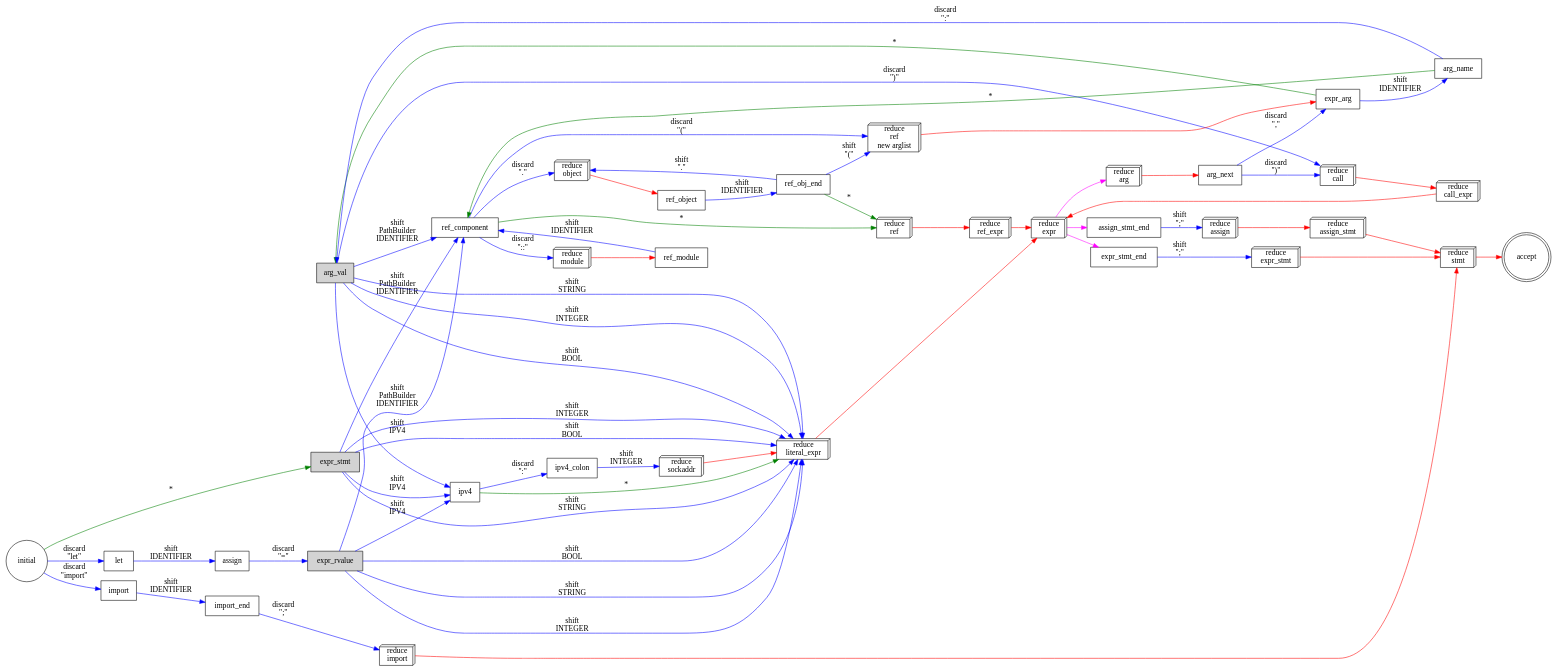
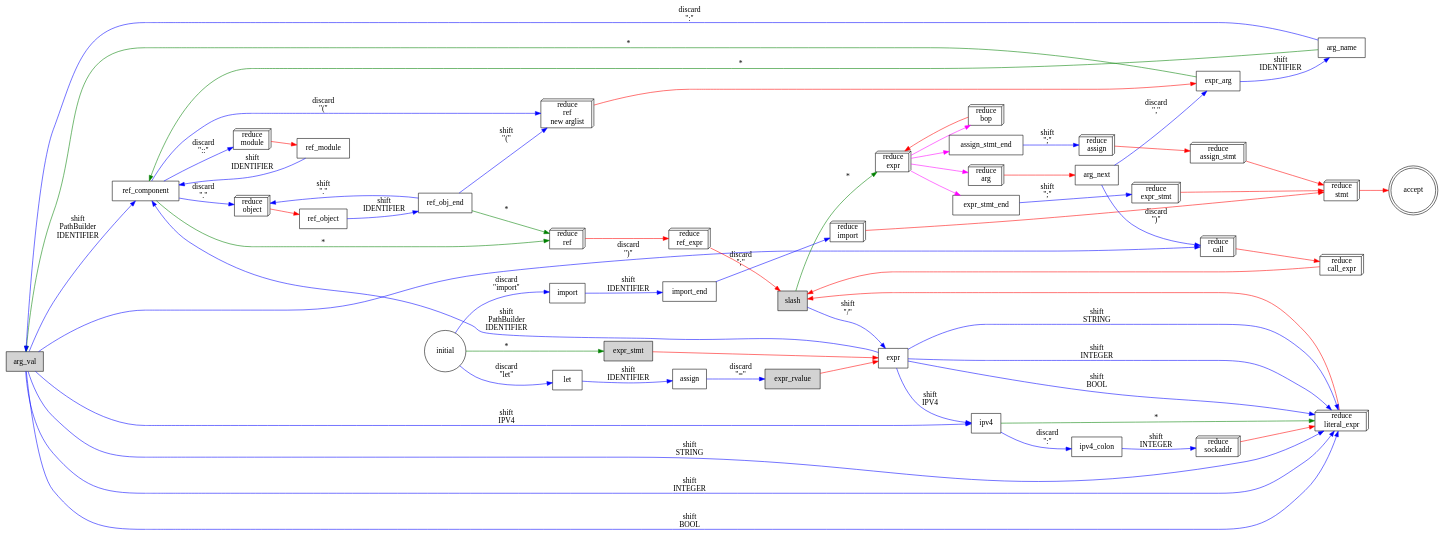
Before and after one commit to giannitedesco/resynth: the diagram in doc/parser.dot, drawn with Graphviz. The commit also changed 6 other files, not shown here.

```diff
--- a/doc/parser.dot
+++ b/doc/parser.dot
@@ -1,138 +1,143 @@
 digraph {
 	/* Key:
 	 *
 	 * blue edges indicate consuming a token
 	 * green edges indicate non-consuming catchall transitions
 	 *
 	 * 3dbox nodes indicate a reduction step
 	 * red edges indicate non-consuming GOTO transitions
 	 *
 	 * filled nodes indicate pushing a state transition to the stack
 	 * magenta edges represent popping a state from the stack and transitioning to it
 	 */
-	graph [rankdir=LR]
-	node [shape=rectangle]
-	edge [color=blue]
+	graph [rankdir=LR];
+	node [shape=rectangle];
+	edge [color=blue];
 
 	arg_val [style=filled];
 	expr_stmt [style=filled];
 	expr_rvalue [style=filled];
+	slash [style=filled];
 
 	initial [shape="circle"];
 	accept [shape="doublecircle"];
 
 	initial -> import [label="discard\n\"import\""];
 	initial -> let [label="discard\n\"let\""];
 	initial -> expr_stmt [label="*" color=green];
 
 	import -> import_end [label="shift\nIDENTIFIER"];
 	import_end -> reduce_import [label="discard\n\";\""];
 
 	let -> assign [label="shift\nIDENTIFIER"];
 
 	assign -> expr_rvalue [label="discard\n\"=\""];
 
-	reduce_import -> reduce_stmt [color=red]
+	reduce_import -> reduce_stmt [color=red];
 	reduce_import [label="reduce\nimport" shape=box3d];
 
 	// ref
 
 	ref_component -> reduce_module [label="discard\n\"::\""];
 
 	ref_component -> reduce_object [label="discard\n\".\""];
 	ref_component -> reduce_ref_call [label="discard\n\"(\""];
 	ref_component -> reduce_ref_naked [label="*" color=green];
 
-	reduce_object -> ref_object [color=red]
+	reduce_object -> ref_object [color=red];
 	reduce_object [label="reduce\nobject" shape=box3d];
 
-	reduce_ref_call -> expr_arg [color=red]
+	reduce_ref_call -> expr_arg [color=red];
 	reduce_ref_call [label="reduce\nref\nnew arglist" shape=box3d];
 
 
-	reduce_module -> ref_module [color=red]
+	reduce_module -> ref_module [color=red];
 	reduce_module [label="reduce\nmodule" shape=box3d];
 
 	ref_module -> ref_component [label="shift\nIDENTIFIER"];
 
 	ref_object -> ref_obj_end [label="shift\nIDENTIFIER"];
 
 	ref_obj_end -> reduce_object [label="shift\n\".\""];
 	ref_obj_end -> reduce_ref_call [label="shift\n\"(\""];
 	ref_obj_end -> reduce_ref_naked [label="*" color=green];
 
 	arg_next -> expr_arg [label="discard\n\",\""];
 	arg_next -> reduce_call [label="discard\n\")\""];
 
 	expr_arg -> arg_name [label="shift\nIDENTIFIER"];
 	expr_arg -> arg_val [label="*" color=green];
 	arg_name -> arg_val [label="discard\n\":\""];
 	arg_name -> ref_component [label="*" color=green];
 
 	arg_val -> reduce_literal_expr [label="shift\nSTRING"];
 	arg_val -> reduce_literal_expr [label="shift\nINTEGER"];
 	arg_val -> reduce_literal_expr [label="shift\nBOOL"];
 	arg_val -> ipv4 [label="shift\nIPV4"];
 	arg_val -> ref_component [label="shift\nPathBuilder\nIDENTIFIER"];
 
 	arg_val -> reduce_call [label="discard\n\")\""];
 
-	expr_stmt -> reduce_literal_expr [label="shift\nSTRING"];
-	expr_stmt -> reduce_literal_expr [label="shift\nINTEGER"];
-	expr_stmt -> reduce_literal_expr [label="shift\nBOOL"];
-	expr_stmt -> ipv4 [label="shift\nIPV4"];
-	expr_stmt -> ref_component [label="shift\nPathBuilder\nIDENTIFIER"];
+	expr_stmt -> expr [color=red];
+	expr_rvalue -> expr [color=red];
 
-	expr_rvalue -> reduce_literal_expr [label="shift\nSTRING"];
-	expr_rvalue -> reduce_literal_expr [label="shift\nINTEGER"];
-	expr_rvalue -> reduce_literal_expr [label="shift\nBOOL"];
-	expr_rvalue -> ipv4 [label="shift\nIPV4"];
-	expr_rvalue -> ref_component [label="shift\nPathBuilder\nIDENTIFIER"];
+	expr -> reduce_literal_expr [label="shift\nSTRING"];
+	expr -> reduce_literal_expr [label="shift\nINTEGER"];
+	expr -> reduce_literal_expr [label="shift\nBOOL"];
+	expr -> ipv4 [label="shift\nIPV4"];
+	expr -> ref_component [label="shift\nPathBuilder\nIDENTIFIER"];
 
-	reduce_arg -> arg_next [color=red]
+	reduce_arg -> arg_next [color=red];
 	reduce_arg [label="reduce\narg" shape=box3d];
 
-	reduce_literal_expr -> reduce_expr [color=red];
+	reduce_bop -> reduce_expr [color=red];
+	reduce_bop [label="reduce\nbop" shape=box3d];
+
+	reduce_literal_expr -> slash [color=red];
 	reduce_literal_expr [label="reduce\nliteral_expr" shape=box3d];
 
 	reduce_ref_naked -> reduce_ref_expr [color=red];
 	reduce_ref_naked [label="reduce\nref" shape=box3d];
 
-	reduce_ref_expr -> reduce_expr [color=red];
+	reduce_ref_expr -> slash [color=red];
 	reduce_ref_expr [label="reduce\nref_expr" shape=box3d];
 
-	reduce_call_expr -> reduce_expr [color=red];
+	reduce_call_expr -> slash [color=red];
 	reduce_call_expr [label="reduce\ncall_expr" shape=box3d];
 
-	reduce_expr -> reduce_arg [color=magenta]
-	reduce_expr -> expr_stmt_end [color=magenta]
-	reduce_expr -> assign_stmt_end [color=magenta]
+	slash -> expr [label="shift\n\"/\""];
+	slash -> reduce_expr [label="*" color=green];
+
+	reduce_expr -> reduce_arg [color=magenta];
+	reduce_expr -> reduce_bop [color=magenta];
+	reduce_expr -> expr_stmt_end [color=magenta];
+	reduce_expr -> assign_stmt_end [color=magenta];
 	reduce_expr [label="reduce\nexpr" shape=box3d];
 
 	ipv4 -> ipv4_colon [label="discard\n\":\""];
 	ipv4 -> reduce_literal_expr [label="*" color=green];
 
 	ipv4_colon -> reduce_sockaddr [label="shift\nINTEGER"];
 
-	reduce_sockaddr -> reduce_literal_expr [color=red]
+	reduce_sockaddr -> reduce_literal_expr [color=red];
 	reduce_sockaddr [label="reduce\nsockaddr" shape=box3d];
 
-	reduce_call -> reduce_call_expr [color=red]
+	reduce_call -> reduce_call_expr [color=red];
 	reduce_call [label="reduce\ncall" shape=box3d];
 
 	expr_stmt_end -> reduce_expr_stmt [label="shift\n\";\""];
 
 	assign_stmt_end -> reduce_assign [label="shift\n\";\""];
 
-	reduce_assign -> reduce_assign_stmt [color=red]
+	reduce_assign -> reduce_assign_stmt [color=red];
 	reduce_assign [label="reduce\nassign" shape=box3d];
 
-	reduce_expr_stmt -> reduce_stmt [color=red]
+	reduce_expr_stmt -> reduce_stmt [color=red];
 	reduce_expr_stmt [label="reduce\nexpr_stmt" shape=box3d];
 
-	reduce_assign_stmt -> reduce_stmt [color=red]
+	reduce_assign_stmt -> reduce_stmt [color=red];
 	reduce_assign_stmt [label="reduce\nassign_stmt" shape=box3d];
 
-	reduce_stmt -> accept [color=red]
+	reduce_stmt -> accept [color=red];
 	reduce_stmt [label="reduce\nstmt" shape=box3d];
 }
```
